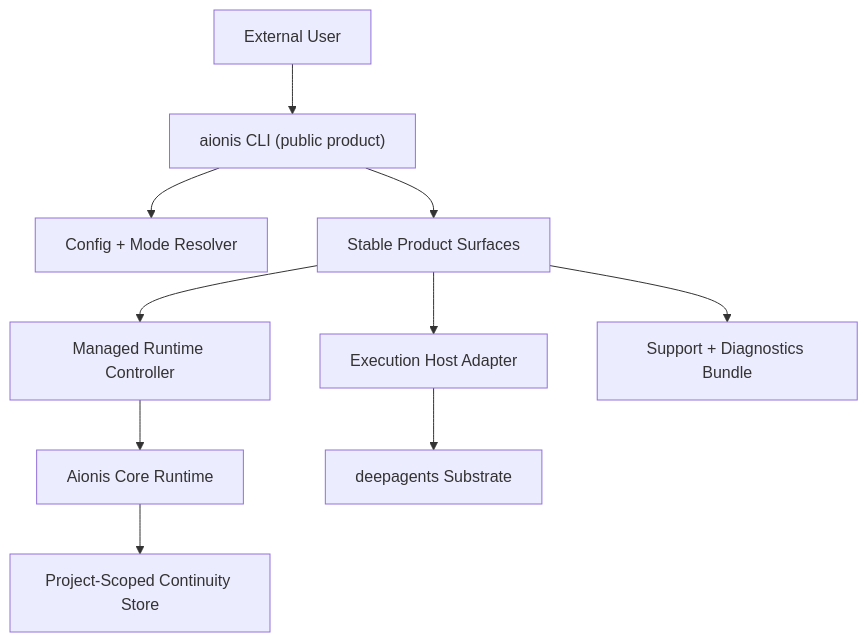
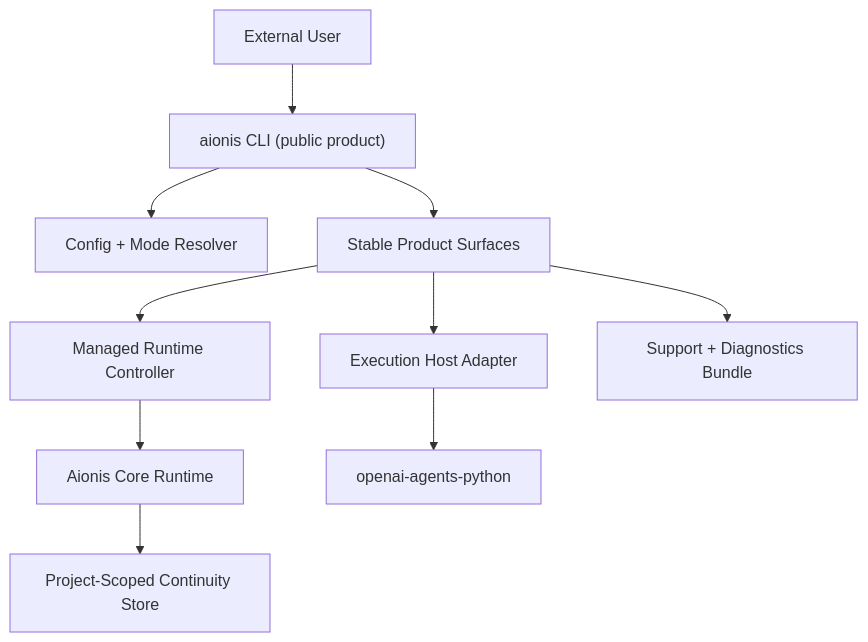
Before and after one commit to ostinatocc/workbench: the diagram in docs/plans/2026-04-15-aionis-external-release-productization-plan.md, drawn with Mermaid. The commit also changed other lines of this file and 9 other files, not shown here.

````diff
--- a/docs/plans/2026-04-15-aionis-external-release-productization-plan.md
+++ b/docs/plans/2026-04-15-aionis-external-release-productization-plan.md
@@ -116,12 +117,12 @@
 ```mermaid
 flowchart TD
     U["External User"] --> CLI["aionis CLI (public product)"]
     CLI --> CFG["Config + Mode Resolver"]
     CLI --> SURF["Stable Product Surfaces"]
     SURF --> RTM["Managed Runtime Controller"]
     SURF --> EXE["Execution Host Adapter"]
     RTM --> CORE["Aionis Core Runtime"]
-    EXE --> AGENT["deepagents Substrate"]
+    EXE --> AGENT["openai-agents-python"]
     CORE --> STORE["Project-Scoped Continuity Store"]
     SURF --> DIAG["Support + Diagnostics Bundle"]
 ```
````
